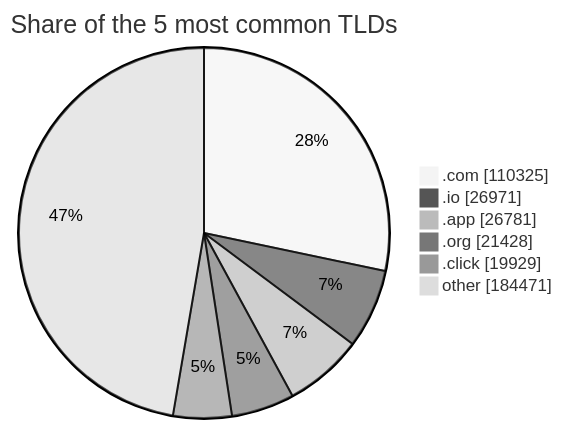
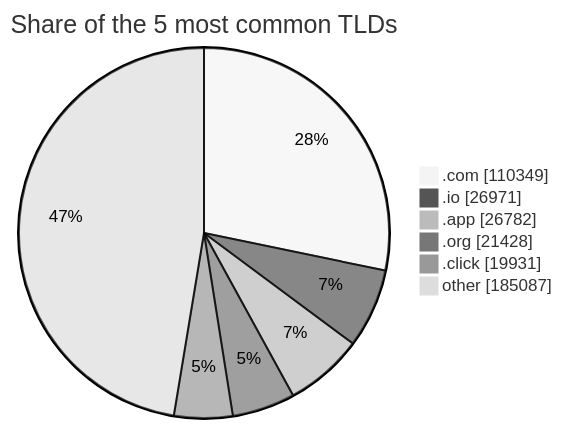
One commit to DNSBunker/CTI changed the third of 3 diagrams in README.md. Above: the diagram before and after it, drawn with Mermaid (neutral theme). The commit also changed other lines of this file and 3 other files, not shown here.

````diff
--- a/README.md
+++ b/README.md
@@ -81,9 +81,9 @@
 ```mermaid
 pie showData title Share of the 5 most common TLDs
-    ".com" : 110325
+    ".com" : 110349
     ".io" : 26971
-    ".app" : 26781
+    ".app" : 26782
     ".org" : 21428
-    ".click" : 19929
-    "other" : 184471
+    ".click" : 19931
+    "other" : 185087
 ```
````
